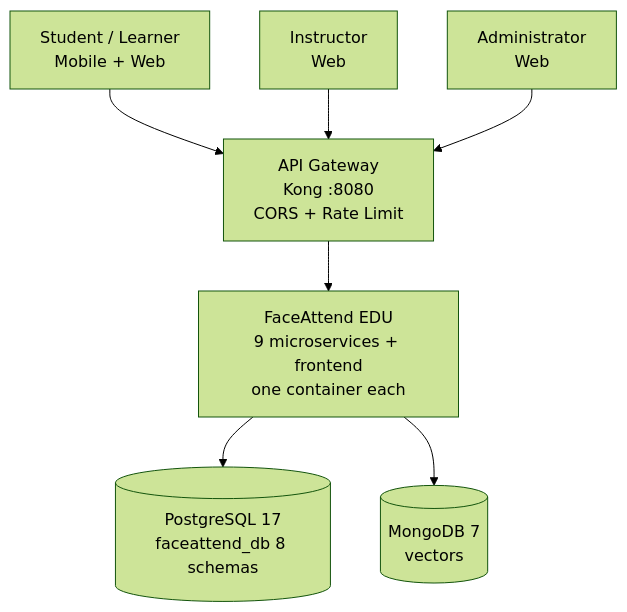
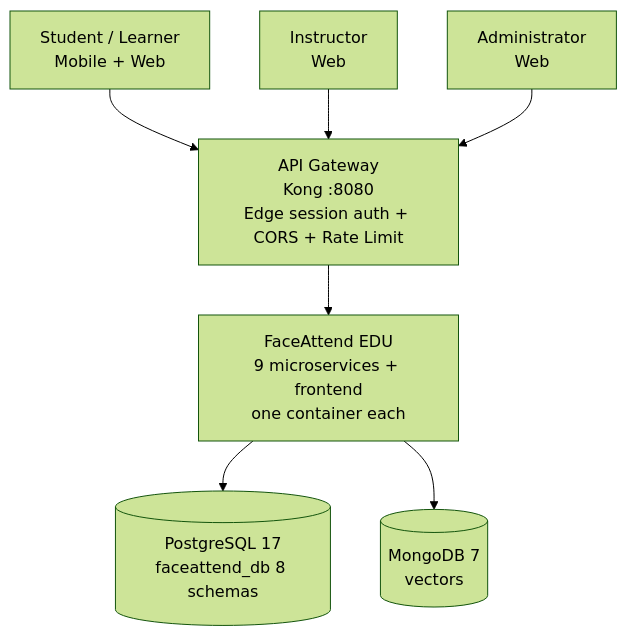
Before and after one commit to code-sena/fae-docs: the first of 2 diagrams in 05-architecture/overview.md, drawn with Mermaid (forest theme). The commit also changed other lines of this file and 24 other files, not shown here.

First line of the commit message:
docs: sync the docs with the implemented kong edge auth, endpoints and story status

````diff
--- a/05-architecture/overview.md
+++ b/05-architecture/overview.md
@@ -34,16 +34,16 @@
 ```mermaid
 graph TB
   Learner[Student / Learner<br/>Mobile + Web]
   Instructor[Instructor<br/>Web]
   Admin[Administrator<br/>Web]
-  GW[API Gateway<br/>Kong :8080<br/>CORS + Rate Limit]
+  GW[API Gateway<br/>Kong :8080<br/>Edge session auth + CORS + Rate Limit]
   APP[FaceAttend EDU<br/>9 microservices + frontend<br/>one container each]
   PG[(PostgreSQL 17<br/>faceattend_db 8 schemas)]
   MG[(MongoDB 7<br/>vectors)]
   Learner --> GW
   Instructor --> GW
   Admin --> GW
   GW --> APP
   APP --> PG
   APP --> MG
 ```
````
